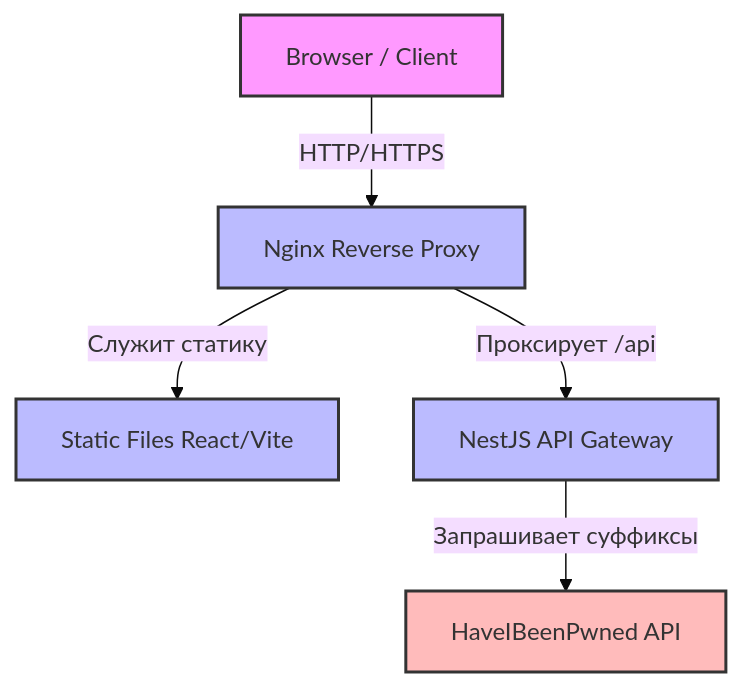
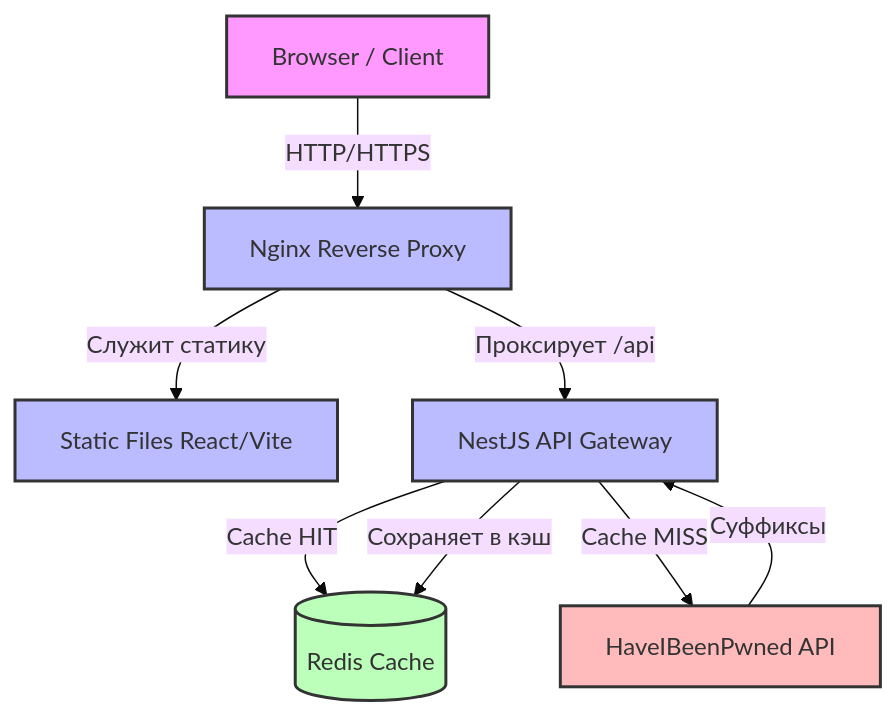
One commit to kraaack1337/PassCheck changed the first of 2 diagrams in ARCHITECTURE.md. Above: the diagram before and after it, drawn with Mermaid (base theme). The commit also changed other lines of this file and 1 other file, not shown here.

````diff
--- a/ARCHITECTURE.md
+++ b/ARCHITECTURE.md
@@ -27,15 +27,20 @@
 ```mermaid
 graph TD
     Client[Browser / Client] -->|HTTP/HTTPS| Nginx[Nginx Reverse Proxy]
     Nginx -->|Служит статику| Frontend[Static Files React/Vite]
     Nginx -->|Проксирует /api| Backend[NestJS API Gateway]
-    Backend -->|Запрашивает суффиксы| HIBP[HaveIBeenPwned API]
+    Backend -->|Cache HIT| Redis[(Redis Cache)]
+    Backend -->|Cache MISS| HIBP[HaveIBeenPwned API]
+    HIBP -->|Суффиксы| Backend
+    Backend -->|Сохраняет в кэш| Redis
     
     classDef client fill:#f9f,stroke:#333,stroke-width:2px;
     classDef internal fill:#bbf,stroke:#333,stroke-width:2px;
     classDef external fill:#fbb,stroke:#333,stroke-width:2px;
+    classDef cache fill:#bfb,stroke:#333,stroke-width:2px;
     
     class Client client;
     class Nginx,Frontend,Backend internal;
     class HIBP external;
+    class Redis cache;
 ```
````
